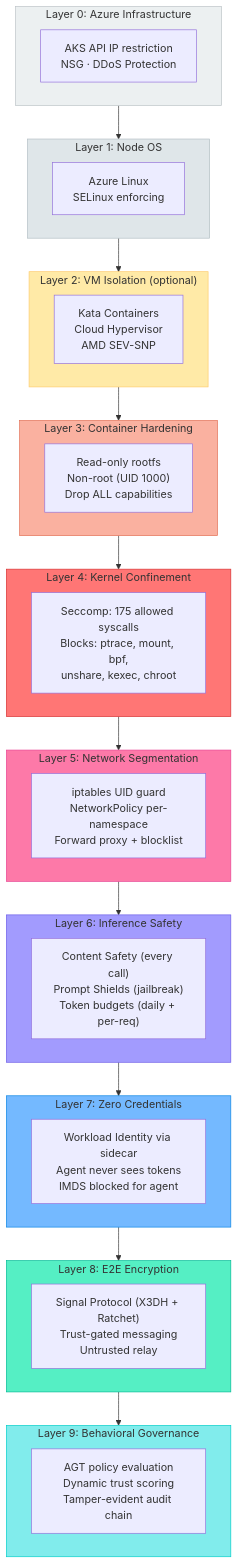
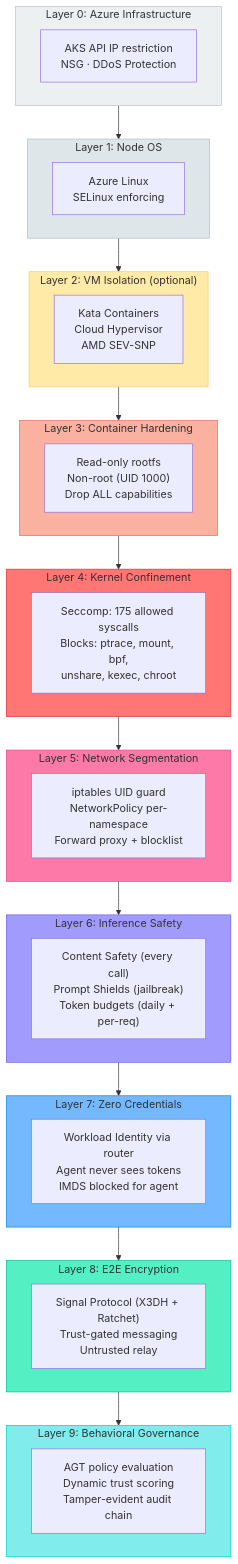
Diagram 13 of 13 in docs/architecture-diagrams.md (Azure/kars), drawn with Mermaid before and after one commit. The commit also changed other lines of this file and 35 other files, not shown here.

````diff
--- a/docs/architecture-diagrams.md
+++ b/docs/architecture-diagrams.md
@@ -511,55 +504,55 @@
 ```mermaid
 graph TB
     subgraph L0["Layer 0: Azure Infrastructure"]
         AKS_SEC["AKS API IP restriction<br/>NSG · DDoS Protection"]
     end
 
     subgraph L1["Layer 1: Node OS"]
         OS["Azure Linux<br/>SELinux enforcing"]
     end
 
     subgraph L2["Layer 2: VM Isolation (optional)"]
         KATA["Kata Containers<br/>Cloud Hypervisor<br/>AMD SEV-SNP"]
     end
 
     subgraph L3["Layer 3: Container Hardening"]
         CH["Read-only rootfs<br/>Non-root (UID 1000)<br/>Drop ALL capabilities"]
     end
 
     subgraph L4["Layer 4: Kernel Confinement"]
         SECC["Seccomp: 175 allowed syscalls<br/>Blocks: ptrace, mount, bpf,<br/>unshare, kexec, chroot"]
     end
 
     subgraph L5["Layer 5: Network Segmentation"]
         NET["iptables UID guard<br/>NetworkPolicy per-namespace<br/>Forward proxy + blocklist"]
     end
 
     subgraph L6["Layer 6: Inference Safety"]
         INF["Content Safety (every call)<br/>Prompt Shields (jailbreak)<br/>Token budgets (daily + per-req)"]
     end
 
     subgraph L7["Layer 7: Zero Credentials"]
-        CRED["Workload Identity via sidecar<br/>Agent never sees tokens<br/>IMDS blocked for agent"]
+        CRED["Workload Identity via router<br/>Agent never sees tokens<br/>IMDS blocked for agent"]
     end
 
     subgraph L8["Layer 8: E2E Encryption"]
         E2E["Signal Protocol (X3DH + Ratchet)<br/>Trust-gated messaging<br/>Untrusted relay"]
     end
 
     subgraph L9["Layer 9: Behavioral Governance"]
         GOV["AGT policy evaluation<br/>Dynamic trust scoring<br/>Tamper-evident audit chain"]
     end
 
     L0 --> L1 --> L2 --> L3 --> L4 --> L5 --> L6 --> L7 --> L8 --> L9
 
     style L0 fill:#ecf0f1,stroke:#bdc3c7
     style L1 fill:#dfe6e9,stroke:#b2bec3
     style L2 fill:#ffeaa7,stroke:#fdcb6e
     style L3 fill:#fab1a0,stroke:#e17055
     style L4 fill:#ff7675,stroke:#d63031
     style L5 fill:#fd79a8,stroke:#e84393
     style L6 fill:#a29bfe,stroke:#6c5ce7
     style L7 fill:#74b9ff,stroke:#0984e3
     style L8 fill:#55efc4,stroke:#00b894
     style L9 fill:#81ecec,stroke:#00cec9
 ```
````
